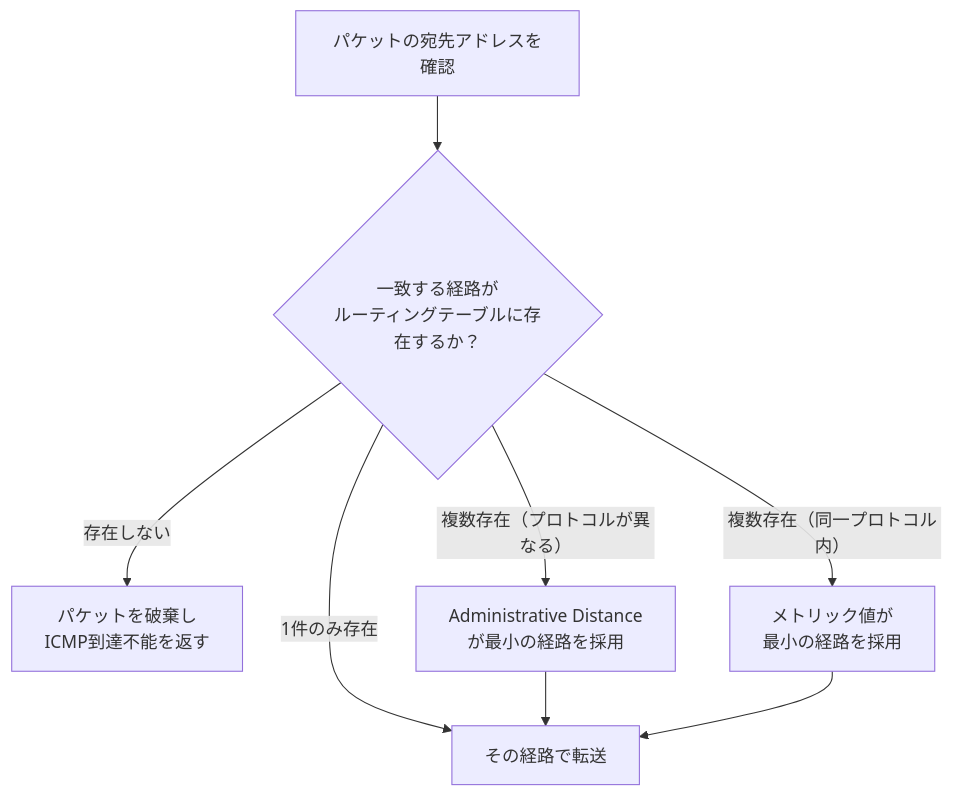
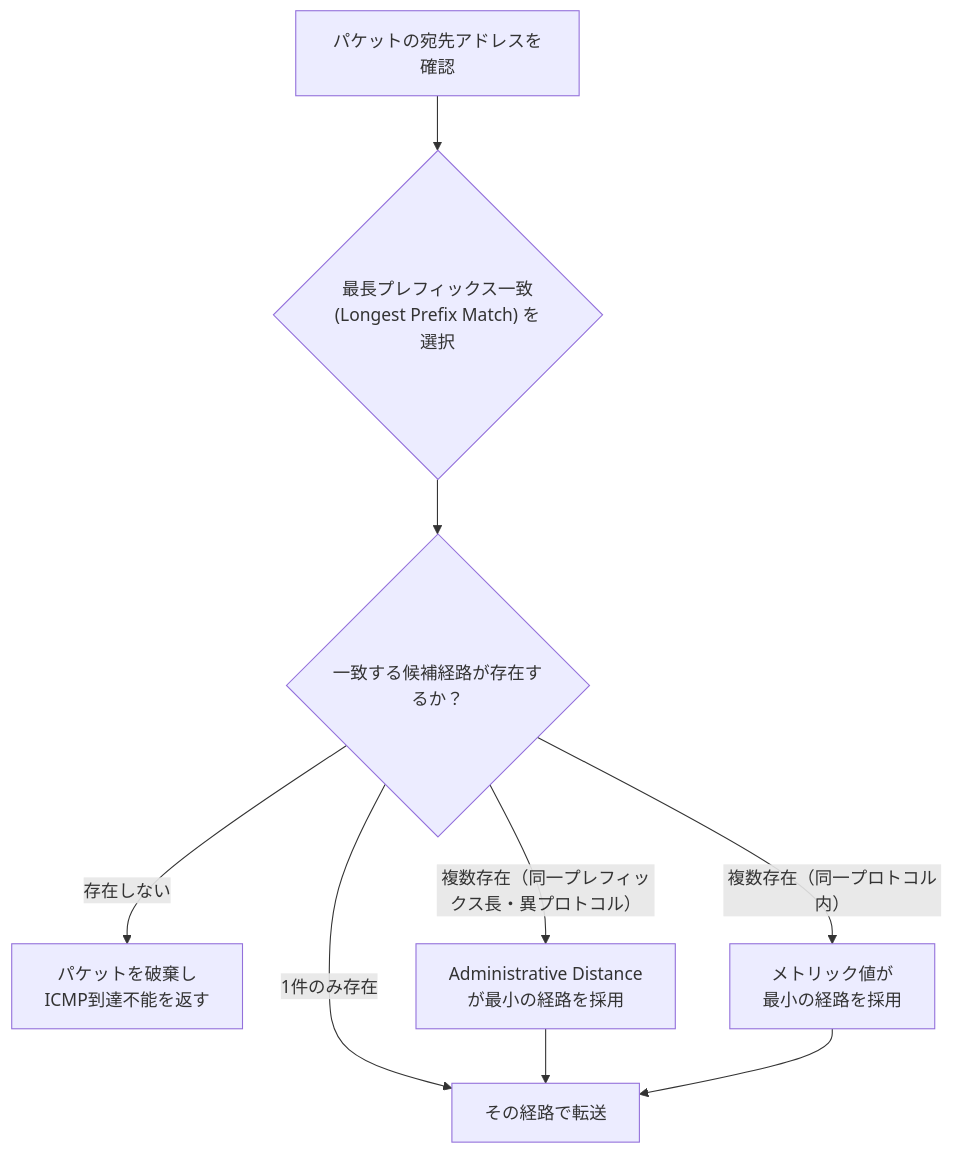
The third of 10 diagrams in Comptia-networkplus-network-implementation.md (myoshi2891/Cloud-Infrastructure-Studies), drawn with Mermaid before and after one commit. The commit also changed other lines of this file and 2 other files, not shown here.

Commit message:
docs(md): refine AWS SAA, CCNA security, and CompTIA Network+ guide technical details

````diff
--- a/Comptia-networkplus-network-implementation.md
+++ b/Comptia-networkplus-network-implementation.md
@@ -84,10 +84,11 @@
 ```mermaid
 flowchart TD
-    A["パケットの宛先アドレスを確認"] --> B{"一致する経路が<br/>ルーティングテーブルに存在するか？"}
-    B -- "存在しない" --> C["パケットを破棄し<br/>ICMP到達不能を返す"]
-    B -- "1件のみ存在" --> D["その経路で転送"]
-    B -- "複数存在（プロトコルが異なる）" --> E["Administrative Distance<br/>が最小の経路を採用"]
-    B -- "複数存在（同一プロトコル内）" --> F["メトリック値が<br/>最小の経路を採用"]
-    E --> D
-    F --> D
+    A["パケットの宛先アドレスを確認"] --> B{"最長プレフィックス一致<br/>(Longest Prefix Match) を選択"}
+    B --> C{"一致する候補経路が存在するか？"}
+    C -- "存在しない" --> D["パケットを破棄し<br/>ICMP到達不能を返す"]
+    C -- "1件のみ存在" --> E["その経路で転送"]
+    C -- "複数存在（同一プレフィックス長・異プロトコル）" --> F["Administrative Distance<br/>が最小の経路を採用"]
+    C -- "複数存在（同一プロトコル内）" --> G["メトリック値が<br/>最小の経路を採用"]
+    F --> E
+    G --> E
 ```
````
